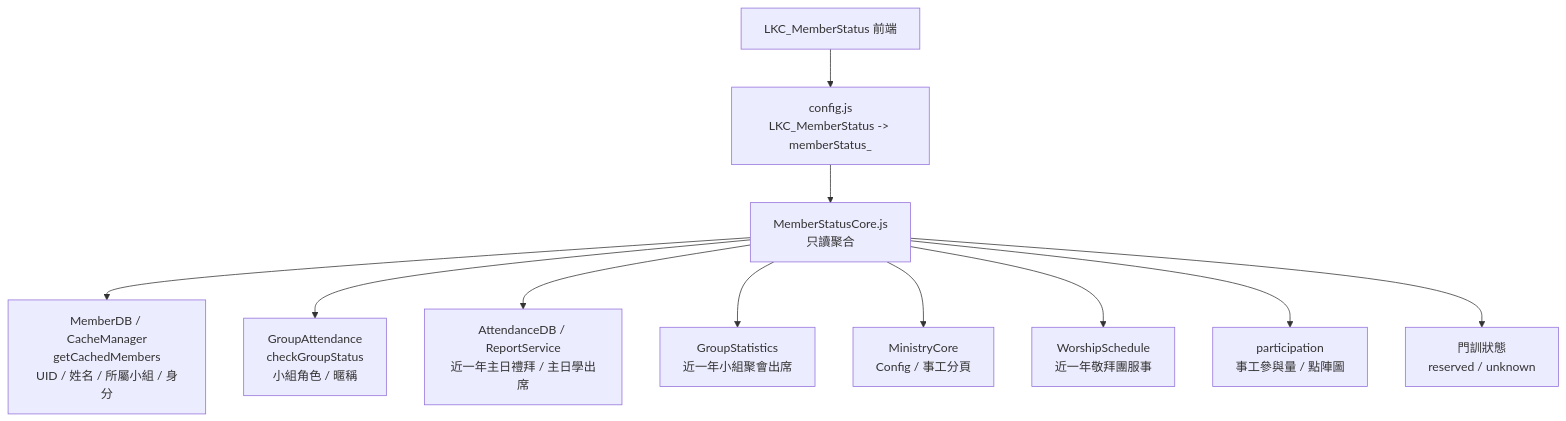
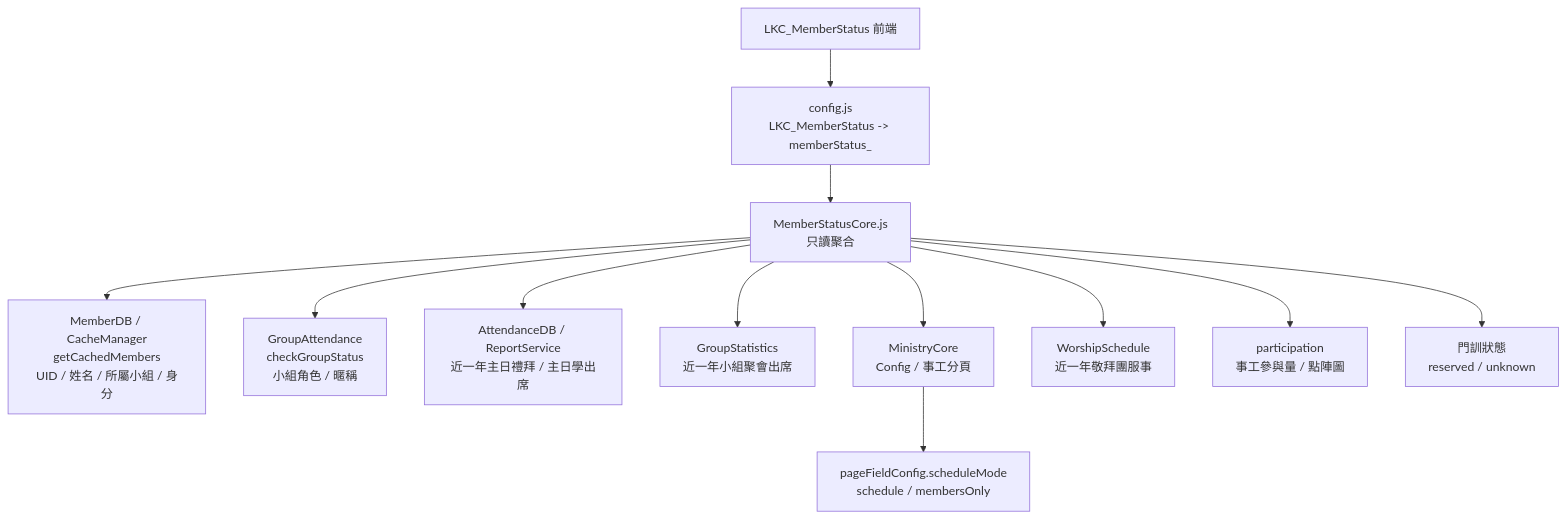
The seventh of 7 diagrams in docs/SYSTEM_RELATION_GRAPH.md (JirehWang/JirehWang.github.io), drawn with Mermaid before and after one commit. The commit also changed other lines of this file and 6 other files, not shown here.

Commit message:
feat(ministry): support members-only ministry groups

````diff
--- a/docs/SYSTEM_RELATION_GRAPH.md
+++ b/docs/SYSTEM_RELATION_GRAPH.md
@@ -364,25 +364,27 @@
 ```mermaid
 flowchart TD
     MemberStatus["LKC_MemberStatus 前端"]
     API["config.js<br/>LKC_MemberStatus -> memberStatus_"]
     Core["MemberStatusCore.js<br/>只讀聚合"]
 
     MemberDB["MemberDB / CacheManager<br/>getCachedMembers<br/>UID / 姓名 / 所屬小組 / 身分"]
     GroupLogic["GroupAttendance<br/>checkGroupStatus<br/>小組角色 / 暱稱"]
     AttendanceRecords["AttendanceDB / ReportService<br/>近一年主日禮拜 / 主日學出席"]
     GroupAttendance["GroupStatistics<br/>近一年小組聚會出席"]
     MinistryConfig["MinistryCore<br/>Config / 事工分頁"]
+    MinistryMode["pageFieldConfig.scheduleMode<br/>schedule / membersOnly"]
     WorshipSchedule["WorshipSchedule<br/>近一年敬拜團服事"]
     Participation["participation<br/>事工參與量 / 點陣圖"]
     Disciple["門訓狀態<br/>reserved / unknown"]
 
     MemberStatus --> API --> Core
     Core --> MemberDB
     Core --> GroupLogic
     Core --> AttendanceRecords
     Core --> GroupAttendance
     Core --> MinistryConfig
+    MinistryConfig --> MinistryMode
     Core --> WorshipSchedule
     Core --> Participation
     Core --> Disciple
 ```
````
